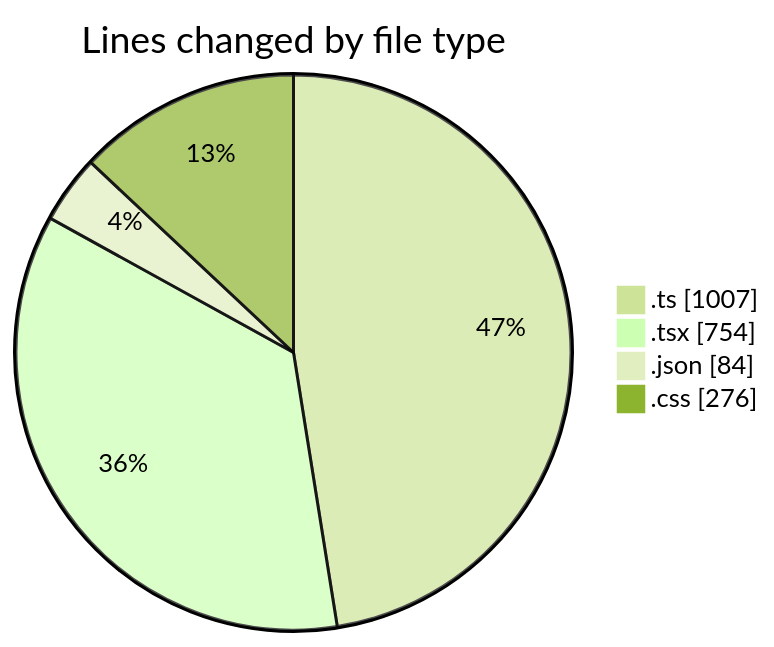
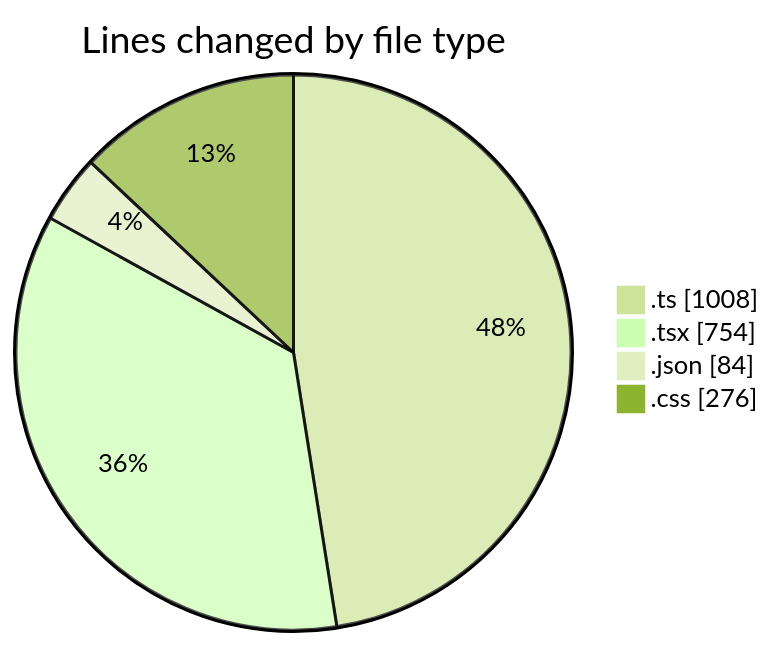
Before and after one commit to julien-gomy/code-tracking: the first of 2 diagrams in 2025-11-24/eventscop-frontend-guide__workspace_/README.md, drawn with Mermaid (forest theme). The commit also changed other lines of this file and 1 other file, not shown here.

````diff
--- a/2025-11-24/eventscop-frontend-guide__workspace_/README.md
+++ b/2025-11-24/eventscop-frontend-guide__workspace_/README.md
@@ -47,8 +47,8 @@
 ```mermaid
 pie showData
 title Lines changed by file type
-".ts" : 1007
+".ts" : 1008
 ".tsx" : 754
 ".json" : 84
 ".css" : 276
 ```
````
